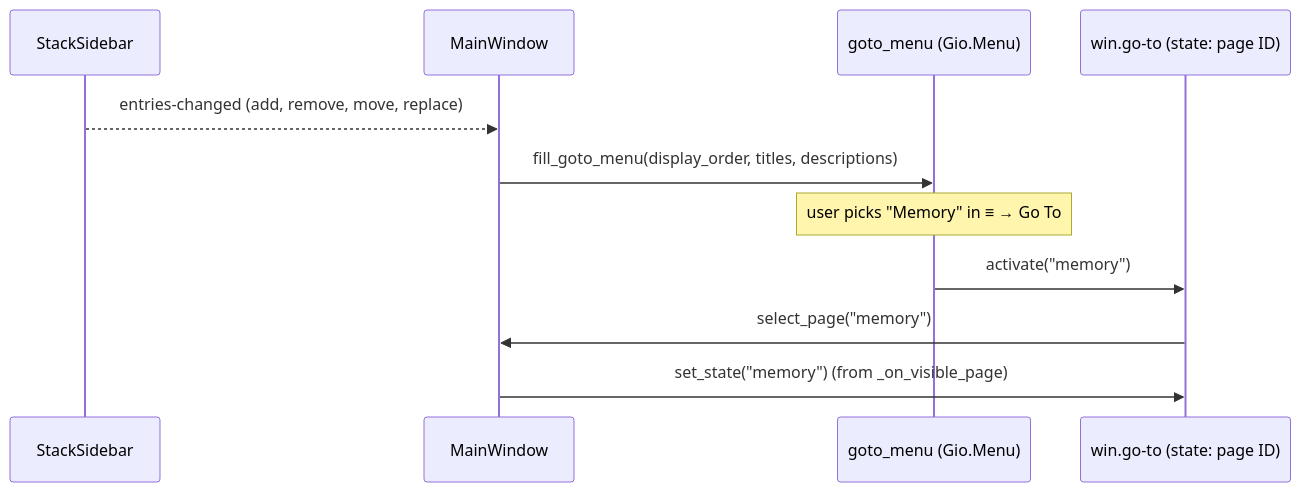
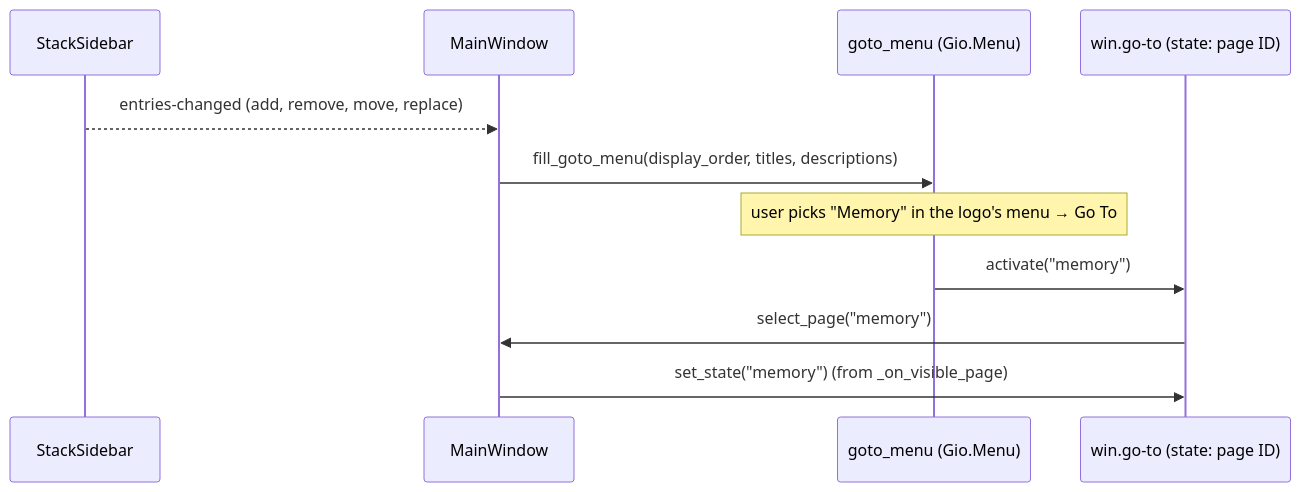
Before and after one commit to mamadingleberry/proccoli: diagram 18 of 42 in docs/DESIGN.md, drawn with Mermaid. The commit also changed other lines of this file and 98 other files, not shown here.

````diff
--- a/docs/DESIGN.md
+++ b/docs/DESIGN.md
@@ -1525,13 +1629,13 @@
 ```mermaid
 sequenceDiagram
     participant S as StackSidebar
     participant W as MainWindow
     participant M as goto_menu (Gio.Menu)
     participant A as win.go-to (state: page ID)
     S-->>W: entries-changed (add, remove, move, replace)
     W->>M: fill_goto_menu(display_order, titles, descriptions)
-    Note over M: user picks "Memory" in ≡ → Go To
+    Note over M: user picks "Memory" in the logo's menu → Go To
     M->>A: activate("memory")
     A->>W: select_page("memory")
     W->>A: set_state("memory") (from _on_visible_page)
 ```
````
